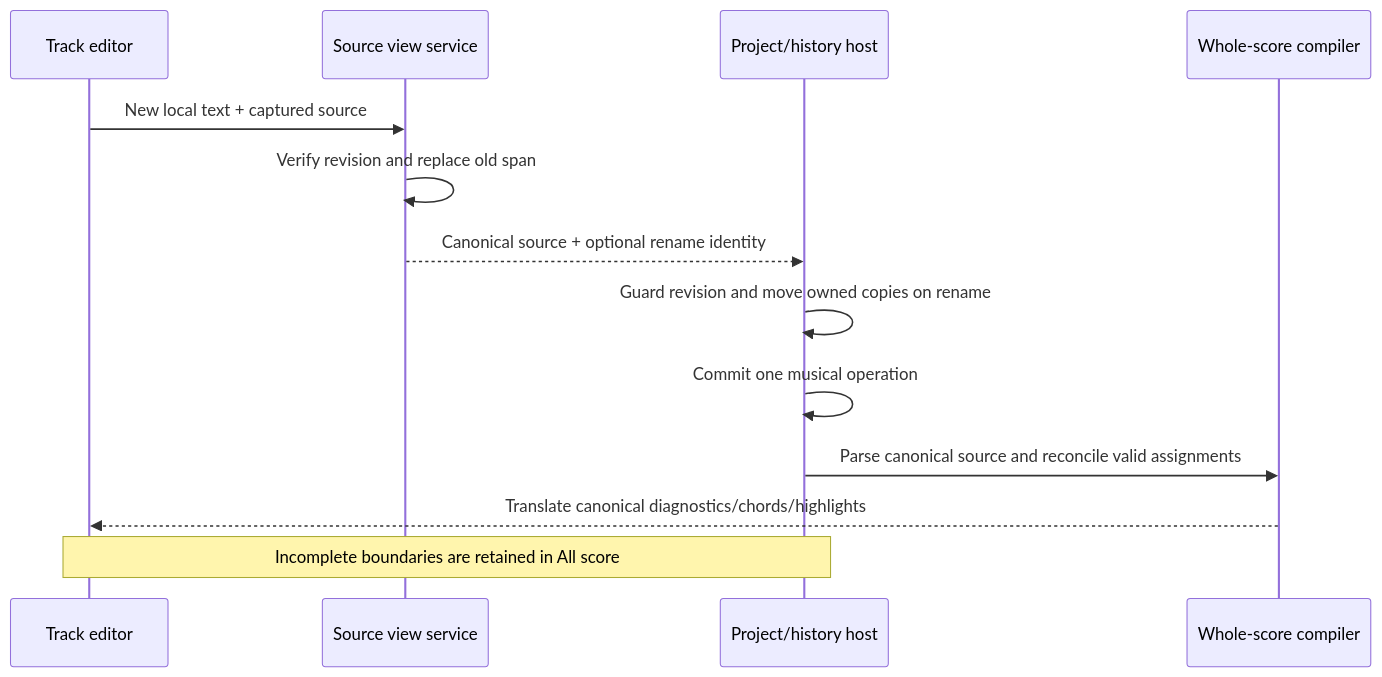
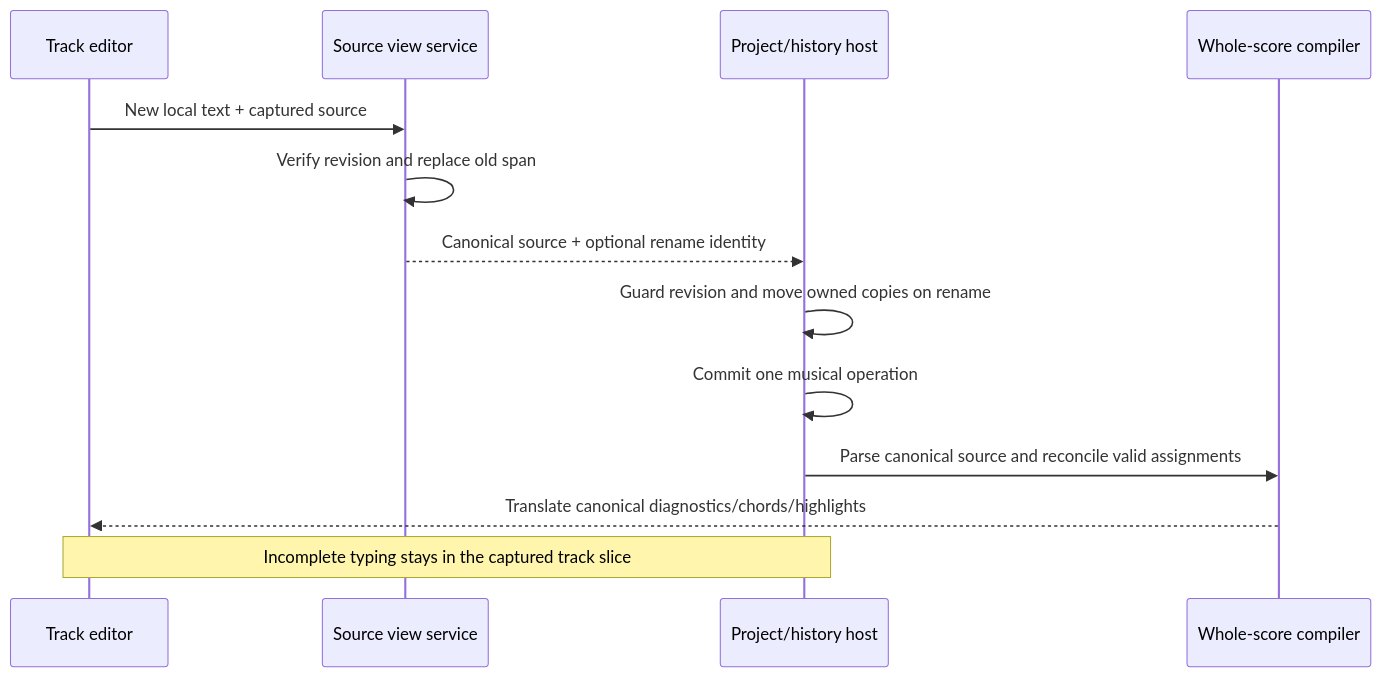
One commit to Monykus7/FourPataka changed the second of 3 diagrams in docs/extensions/SCORE_VIEWS.md. Above: the diagram before and after it, drawn with Mermaid. The commit also changed other lines of this file and 11 other files, not shown here.

````diff
--- a/docs/extensions/SCORE_VIEWS.md
+++ b/docs/extensions/SCORE_VIEWS.md
@@ -61,15 +63,15 @@
 ```mermaid
 sequenceDiagram
   participant IDE as Track editor
   participant View as Source view service
   participant Host as Project/history host
   participant Compiler as Whole-score compiler
   IDE->>View: New local text + captured source
   View->>View: Verify revision and replace old span
   View-->>Host: Canonical source + optional rename identity
   Host->>Host: Guard revision and move owned copies on rename
   Host->>Host: Commit one musical operation
   Host->>Compiler: Parse canonical source and  reconcile valid assignments
   Compiler-->>IDE: Translate canonical diagnostics/chords/highlights
-  Note over IDE,Host: Incomplete boundaries are retained in All score
+  Note over IDE,Host: Incomplete typing stays in the captured track slice
 ```
````
